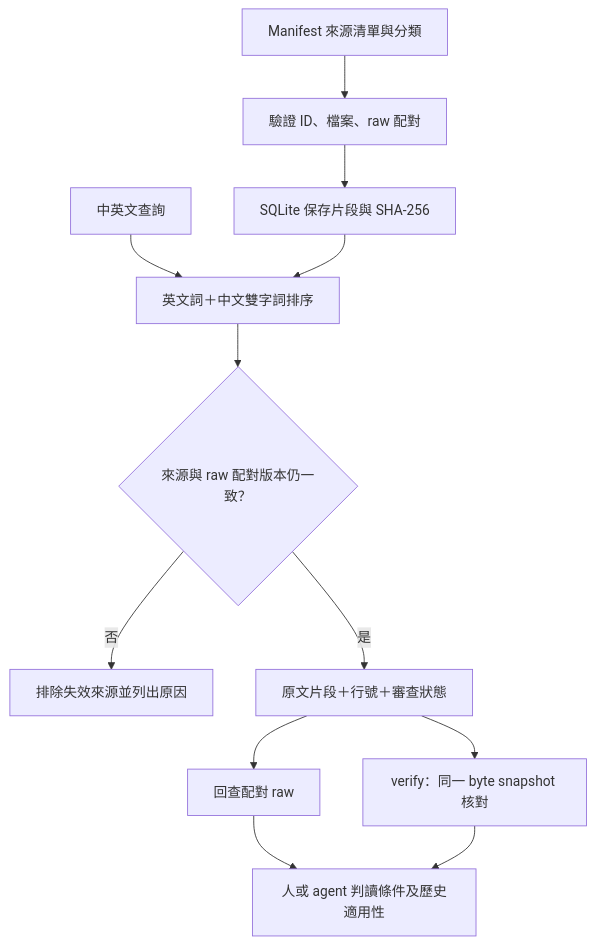
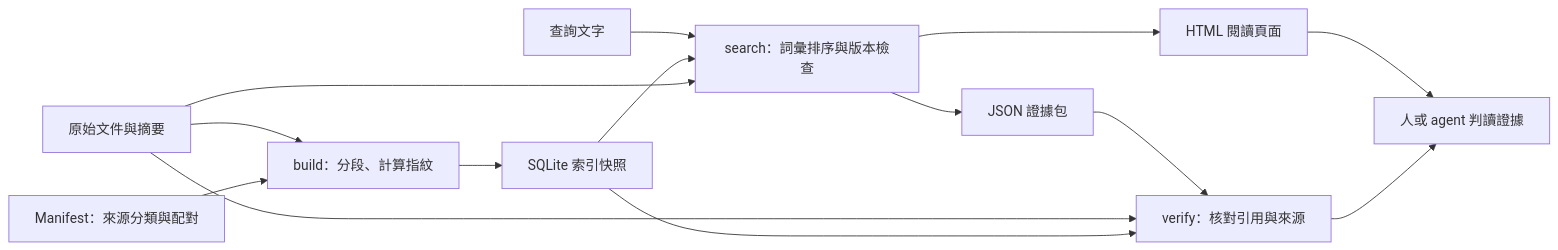
The first of 2 diagrams in README.md (minxinchen/context-recall-lab), drawn with Mermaid before and after one commit. The commit also changed other lines of this file and 2 other files, not shown here.

````diff
--- a/README.md
+++ b/README.md
@@ -46,14 +68,16 @@
 ```mermaid
-flowchart TD
-  M["Manifest 來源清單與分類"] --> V["驗證 ID、檔案、raw 配對"]
-  V --> I["SQLite 保存片段與 SHA-256"]
-  Q["中英文查詢"] --> S["英文詞＋中文雙字詞排序"]
-  I --> S
-  S --> G{"來源與 raw 配對版本仍一致？"}
-  G -->|否| X["排除失效來源並列出原因"]
-  G -->|是| P["原文片段＋行號＋審查狀態"]
-  P --> R["回查配對 raw"]
-  P --> C["verify：同一 byte snapshot 核對"]
-  R --> H["人或 agent 判讀條件及歷史適用性"]
-  C --> H
+flowchart LR
+  F["原始文件與摘要"] --> B["build：分段、計算指紋"]
+  M["Manifest：來源分類與配對"] --> B
+  B --> D["SQLite 索引快照"]
+  Q["查詢文字"] --> S["search：詞彙排序與版本檢查"]
+  D --> S
+  F --> S
+  S --> P["JSON 證據包"]
+  S --> H["HTML 閱讀頁面"]
+  H --> U["人或 agent 判讀證據"]
+  P --> V["verify：核對引用與來源"]
+  F --> V
+  D --> V
+  V --> U
 ```
````
